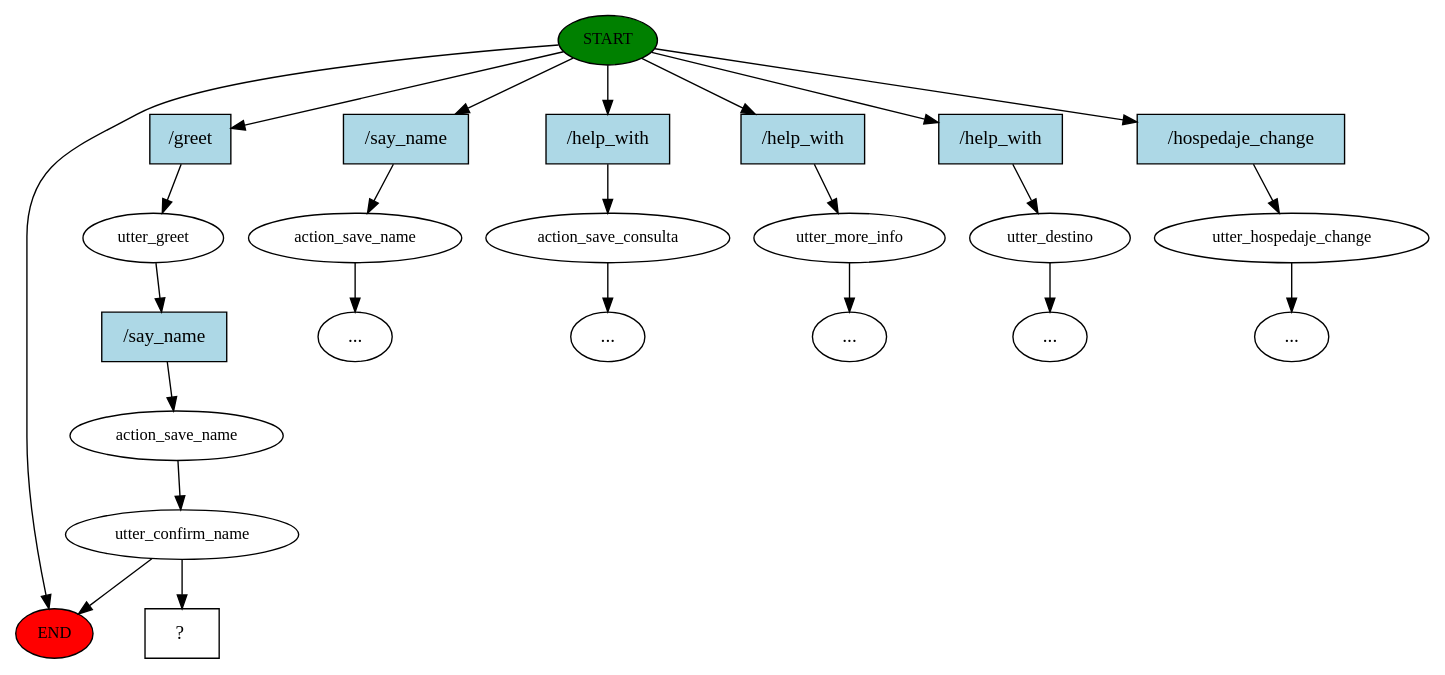
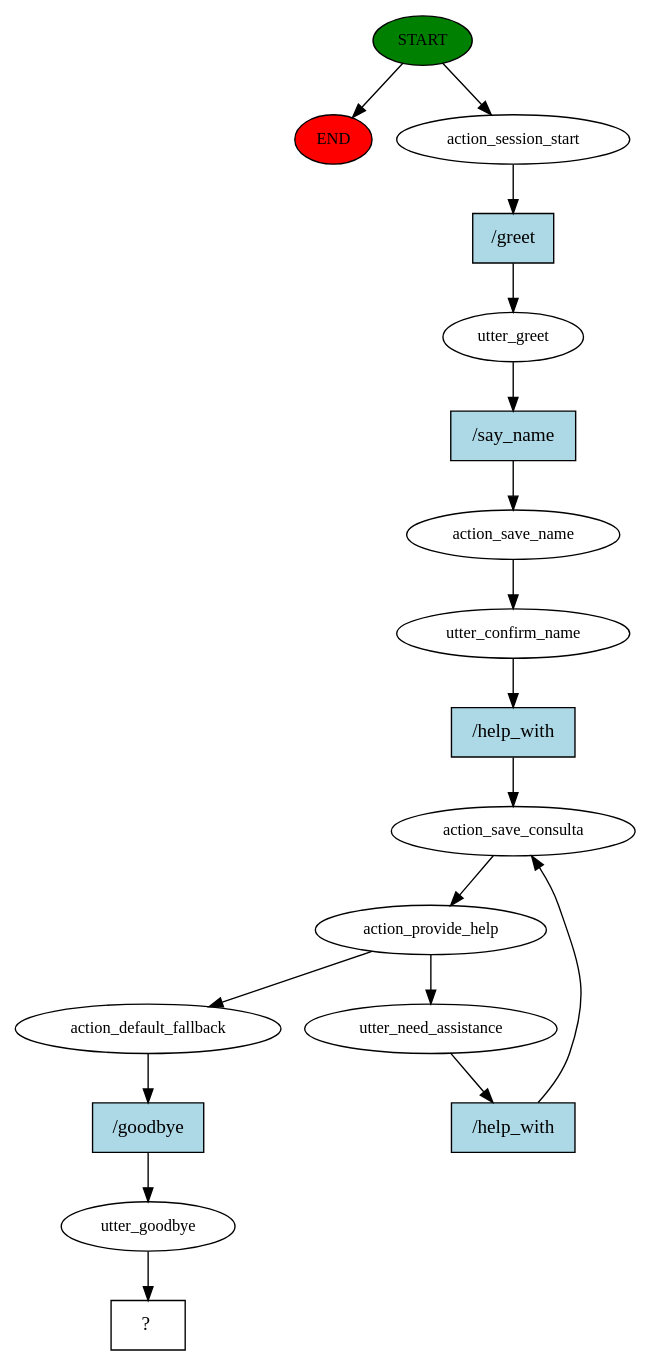
Before and after one commit to joegoico/RasaTurismo: the diagram in story_graph.dot, drawn with Graphviz. The commit also changed 202 other files, not shown here.

```diff
--- a/story_graph.dot
+++ b/story_graph.dot
@@ -1,48 +1,36 @@
 digraph  {
 0 [class="start active", fillcolor=green, fontsize=12, label=START, style=filled];
 "-1" [class=end, fillcolor=red, fontsize=12, label=END, style=filled];
-1 [class=active, fontsize=12, label=utter_greet];
-2 [class=active, fontsize=12, label=action_save_name];
-3 [class=active, fontsize=12, label=utter_confirm_name];
-4 [class="", fontsize=12, label=action_save_name];
-"-3" [class=ellipsis, label="..."];
-5 [class="", fontsize=12, label=action_save_consulta];
-"-4" [class=ellipsis, label="..."];
-6 [class="", fontsize=12, label=utter_more_info];
-"-5" [class=ellipsis, label="..."];
-7 [class="", fontsize=12, label=utter_destino];
-"-6" [class=ellipsis, label="..."];
-8 [class="", fontsize=12, label=utter_hospedaje_change];
-"-7" [class=ellipsis, label="..."];
+1 [class=active, fontsize=12, label=action_session_start];
+2 [class=active, fontsize=12, label=utter_greet];
+3 [class=active, fontsize=12, label=action_save_name];
+4 [class=active, fontsize=12, label=utter_confirm_name];
+5 [class=active, fontsize=12, label=action_save_consulta];
+6 [class=active, fontsize=12, label=action_provide_help];
+7 [class=active, fontsize=12, label=utter_need_assistance];
+10 [class=active, fontsize=12, label=action_default_fallback];
+11 [class=active, fontsize=12, label=utter_goodbye];
 12 [class="intent dashed active", label="  ?  ", shape=rect];
 13 [class="intent active", fillcolor=lightblue, label="/greet", shape=rect, style=filled];
-14 [class=intent, fillcolor=lightblue, label="/say_name", shape=rect, style=filled];
-15 [class=intent, fillcolor=lightblue, label="/help_with", shape=rect, style=filled];
-16 [class=intent, fillcolor=lightblue, label="/help_with", shape=rect, style=filled];
-17 [class=intent, fillcolor=lightblue, label="/help_with", shape=rect, style=filled];
-18 [class=intent, fillcolor=lightblue, label="/hospedaje_change", shape=rect, style=filled];
-19 [class="intent active", fillcolor=lightblue, label="/say_name", shape=rect, style=filled];
+14 [class="intent active", fillcolor=lightblue, label="/say_name", shape=rect, style=filled];
+15 [class="intent active", fillcolor=lightblue, label="/help_with", shape=rect, style=filled];
+16 [class="intent active", fillcolor=lightblue, label="/help_with", shape=rect, style=filled];
+17 [class="intent active", fillcolor=lightblue, label="/goodbye", shape=rect, style=filled];
 0 -> "-1"  [class="", key=NONE, label=""];
-0 -> 13  [class=active, key=0];
-0 -> 14  [class="", key=0];
-0 -> 15  [class="", key=0];
-0 -> 16  [class="", key=0];
-0 -> 17  [class="", key=0];
-0 -> 18  [class="", key=0];
-1 -> 19  [class=active, key=0];
-2 -> 3  [class=active, key=NONE, label=""];
-3 -> "-1"  [class="", key=NONE, label=""];
-3 -> 12  [class=active, key=NONE, label=""];
-4 -> "-3"  [class="", key=NONE, label=""];
-5 -> "-4"  [class="", key=NONE, label=""];
-6 -> "-5"  [class="", key=NONE, label=""];
-7 -> "-6"  [class="", key=NONE, label=""];
-8 -> "-7"  [class="", key=NONE, label=""];
-13 -> 1  [class=active, key=0];
-14 -> 4  [class="", key=0];
-15 -> 5  [class="", key=0];
-16 -> 6  [class="", key=0];
-17 -> 7  [class="", key=0];
-18 -> 8  [class="", key=0];
-19 -> 2  [class=active, key=0];
+0 -> 1  [class=active, key=NONE, label=""];
+1 -> 13  [class=active, key=0];
+2 -> 14  [class=active, key=0];
+3 -> 4  [class=active, key=NONE, label=""];
+4 -> 15  [class=active, key=0];
+5 -> 6  [class=active, key=NONE, label=""];
+6 -> 7  [class=active, key=NONE, label=""];
+6 -> 10  [class=active, key=NONE, label=""];
+7 -> 16  [class=active, key=0];
+10 -> 17  [class=active, key=0];
+11 -> 12  [class=active, key=NONE, label=""];
+13 -> 2  [class=active, key=0];
+14 -> 3  [class=active, key=0];
+15 -> 5  [class=active, key=0];
+16 -> 5  [class=active, key=0];
+17 -> 11  [class=active, key=0];
 }
```
